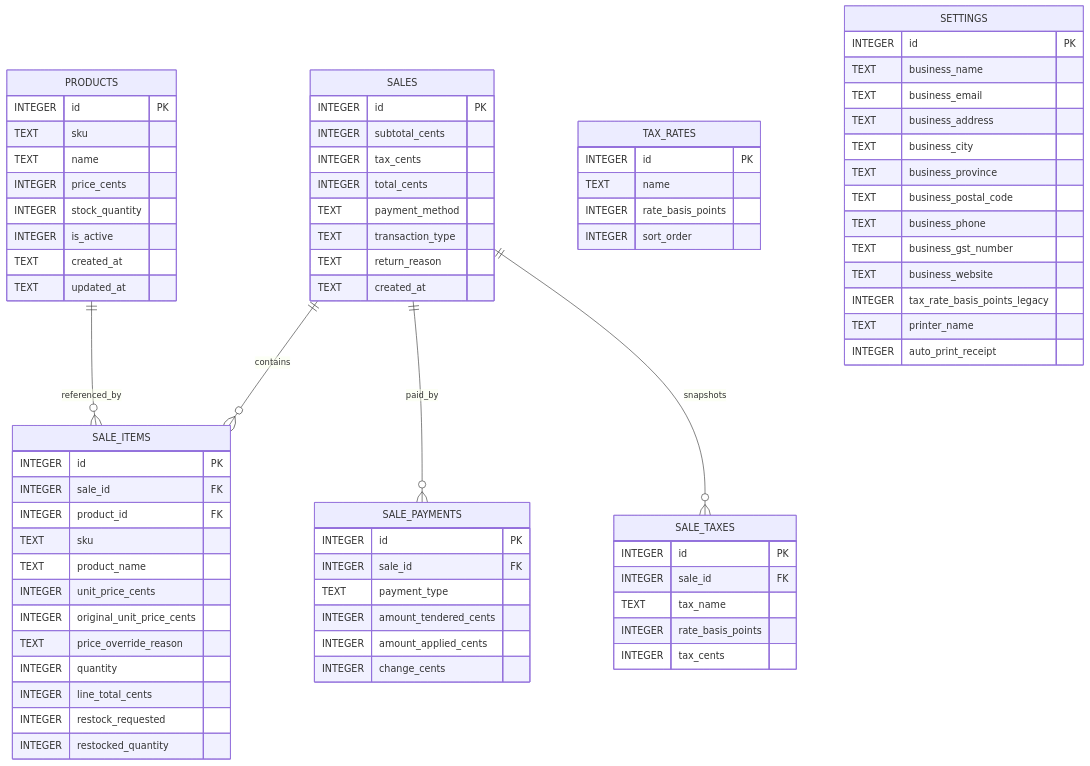
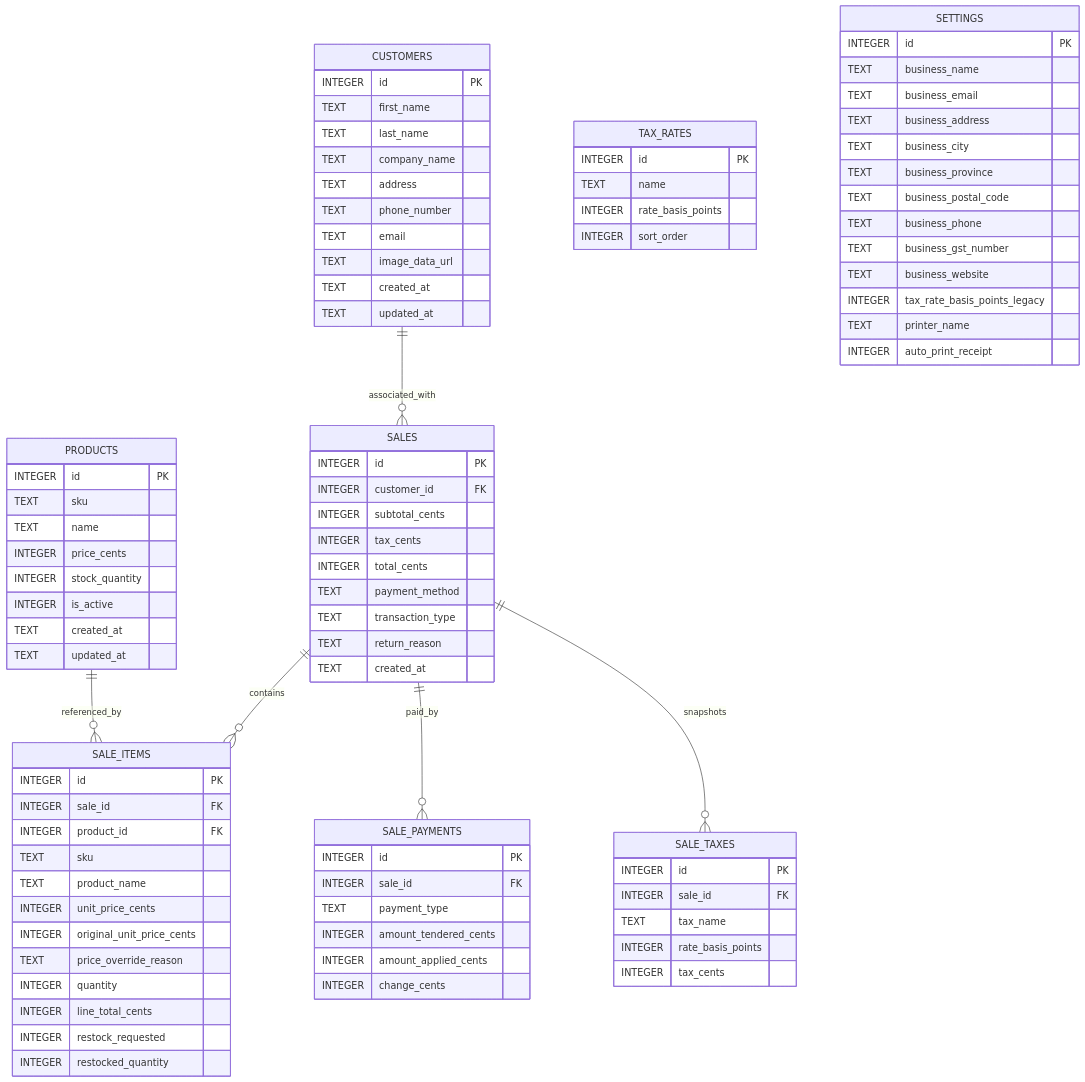
The diagram in docs/database-design.md (reganvannguyen/pos-system), drawn with Mermaid before and after one commit. The commit also changed other lines of this file and 27 other files, not shown here.

First line of the commit message:
feat(customers): add register customer lookup

````diff
--- a/docs/database-design.md
+++ b/docs/database-design.md
@@ -163,5 +187,18 @@
 ```mermaid
 erDiagram
+    CUSTOMERS {
+        INTEGER id PK
+        TEXT first_name
+        TEXT last_name
+        TEXT company_name
+        TEXT address
+        TEXT phone_number
+        TEXT email
+        TEXT image_data_url
+        TEXT created_at
+        TEXT updated_at
+    }
+
     PRODUCTS {
         INTEGER id PK
         TEXT sku
@@ -175,6 +212,7 @@
 
     SALES {
         INTEGER id PK
+        INTEGER customer_id FK
         INTEGER subtotal_cents
         INTEGER tax_cents
         INTEGER total_cents
@@ -243,4 +281,5 @@
     SALES ||--o{ SALE_PAYMENTS : paid_by
     PRODUCTS ||--o{ SALE_ITEMS : referenced_by
     SALES ||--o{ SALE_TAXES : snapshots
+CUSTOMERS ||--o{ SALES : associated_with
 ```
````
